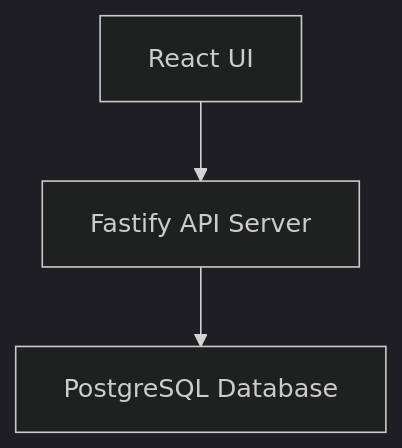
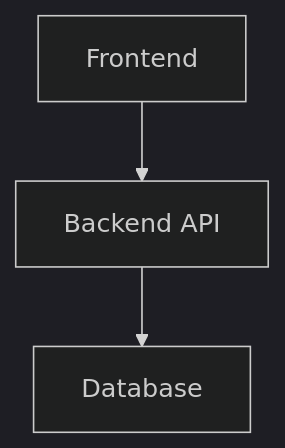
One commit to sameera/nexus changed the diagram in claude/.claude/commands/nxs.hld.md. Above: the diagram before and after it, drawn with Mermaid (dark theme). The commit also changed other lines of this file and 6 other files, not shown here.

````diff
--- a/claude/.claude/commands/nxs.hld.md
+++ b/claude/.claude/commands/nxs.hld.md
@@ -68,5 +112,5 @@
 ```mermaid
 graph TD
-    A[React UI] --> B[Fastify API Server]
-    B --> C[PostgreSQL Database]
+    A[Frontend] --> B[Backend API]
+    B --> C[Database]
 ```
````
